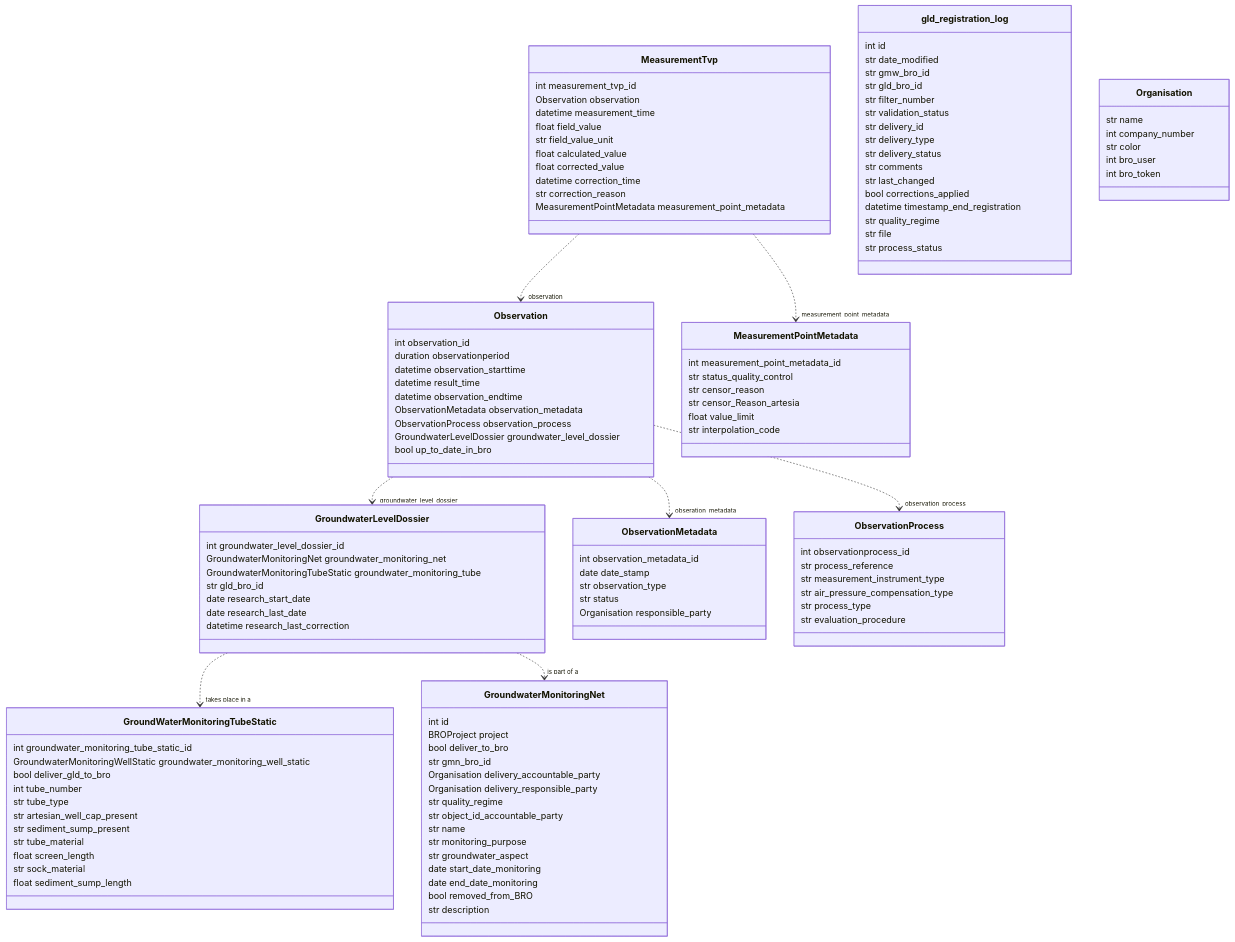
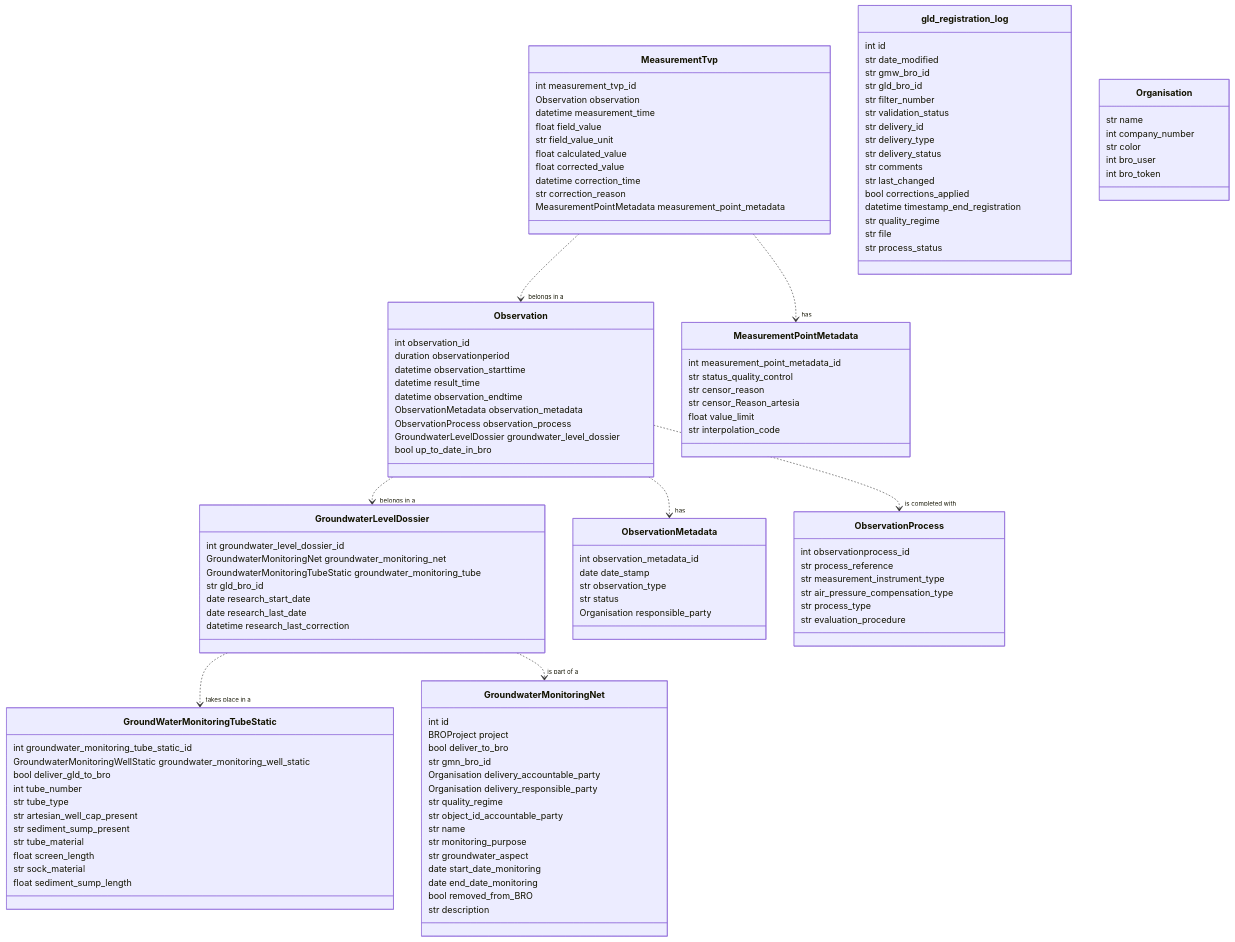
One commit to nens/bro-connector changed the diagram in bro_connector/gld/README.md. Above: the diagram before and after it, drawn with Mermaid.

Commit message:
add descriptive connections

```diff
--- a/bro_connector/gld/README.md
+++ b/bro_connector/gld/README.md
@@ -26,9 +26,9 @@
         GroundwaterLevelDossier groundwater_level_dossier
         bool up_to_date_in_bro
     }
-    Observation ..> "obseration_metadata" ObservationMetadata
-    Observation ..> "observation_process" ObservationProcess
-    Observation ..> "groundwater_level_dossier" GroundwaterLevelDossier
+    Observation ..> "has" ObservationMetadata
+    Observation ..> "is completed with" ObservationProcess
+    Observation ..> "belongs in a" GroundwaterLevelDossier
     class ObservationMetadata {
         int observation_metadata_id
         date date_stamp
@@ -56,8 +56,8 @@
         str correction_reason
         MeasurementPointMetadata measurement_point_metadata
     }
-    MeasurementTvp ..> "observation" Observation
-    MeasurementTvp ..> "measurement_point_metadata" MeasurementPointMetadata
+    MeasurementTvp ..> "belongs in a" Observation
+    MeasurementTvp ..> "has" MeasurementPointMetadata
     class MeasurementPointMetadata {
         int measurement_point_metadata_id
         str status_quality_control
```
